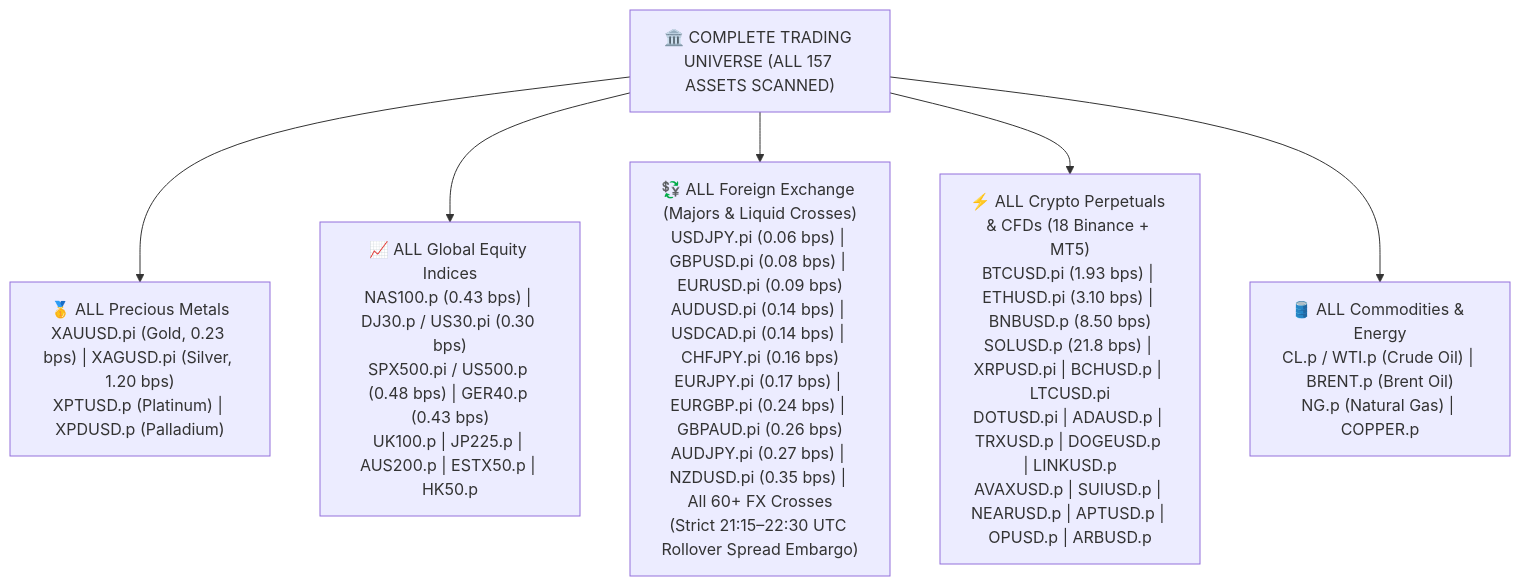
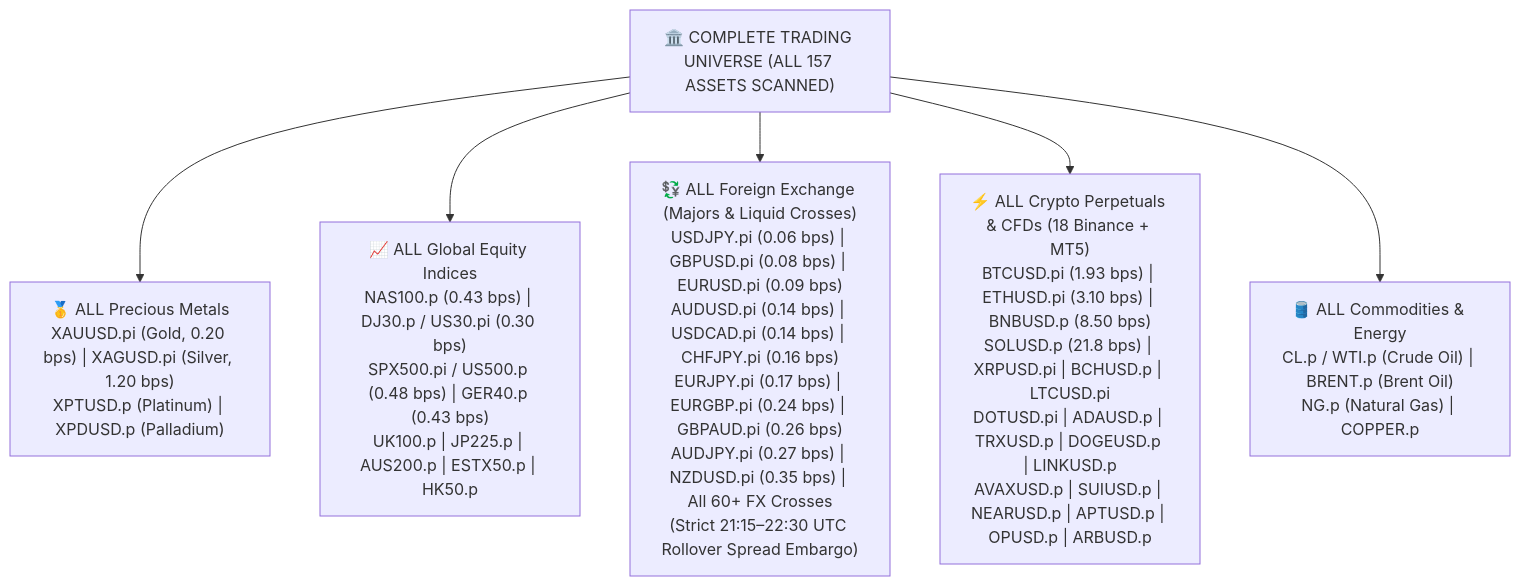
Before and after one commit to kbsingh1399/Trading_2: the first of 3 diagrams in Data/Manditory/AUTONOMOUS_WAKEUP_CHECKLIST.md, drawn with Mermaid. The commit also changed other lines of this file and 296 other files, not shown here.

````diff
--- a/Data/Manditory/AUTONOMOUS_WAKEUP_CHECKLIST.md
+++ b/Data/Manditory/AUTONOMOUS_WAKEUP_CHECKLIST.md
@@ -35,15 +211,15 @@
 ```mermaid
 flowchart TD
     Universe["🏛️ COMPLETE TRADING UNIVERSE (ALL 157 ASSETS SCANNED)"]
-    M["🥇 ALL Precious Metals<br/>XAUUSD.pi (Gold, 0.23 bps) | XAGUSD.pi (Silver, 1.20 bps)<br/>XPTUSD.p (Platinum) | XPDUSD.p (Palladium)"]
+    M["🥇 ALL Precious Metals<br/>XAUUSD.pi (Gold, 0.20 bps) | XAGUSD.pi (Silver, 1.20 bps)<br/>XPTUSD.p (Platinum) | XPDUSD.p (Palladium)"]
     I["📈 ALL Global Equity Indices<br/>NAS100.p (0.43 bps) | DJ30.p / US30.pi (0.30 bps)<br/>SPX500.pi / US500.p (0.48 bps) | GER40.p (0.43 bps)<br/>UK100.p | JP225.p | AUS200.p | ESTX50.p | HK50.p"]
     F["💱 ALL Foreign Exchange (Majors & Liquid Crosses)<br/>USDJPY.pi (0.06 bps) | GBPUSD.pi (0.08 bps) | EURUSD.pi (0.09 bps)<br/>AUDUSD.pi (0.14 bps) | USDCAD.pi (0.14 bps) | CHFJPY.pi (0.16 bps)<br/>EURJPY.pi (0.17 bps) | EURGBP.pi (0.24 bps) | GBPAUD.pi (0.26 bps)<br/>AUDJPY.pi (0.27 bps) | NZDUSD.pi (0.35 bps) | All 60+ FX Crosses<br/>(Strict 21:15–22:30 UTC Rollover Spread Embargo)"]
     C["⚡ ALL Crypto Perpetuals & CFDs (18 Binance + MT5)<br/>BTCUSD.pi (1.93 bps) | ETHUSD.pi (3.10 bps) | BNBUSD.p (8.50 bps)<br/>SOLUSD.p (21.8 bps) | XRPUSD.pi | BCHUSD.p | LTCUSD.pi<br/>DOTUSD.pi | ADAUSD.p | TRXUSD.p | DOGEUSD.p | LINKUSD.p<br/>AVAXUSD.p | SUIUSD.p | NEARUSD.p | APTUSD.p | OPUSD.p | ARBUSD.p"]
     E["🛢️ ALL Commodities & Energy<br/>CL.p / WTI.p (Crude Oil) | BRENT.p (Brent Oil)<br/>NG.p (Natural Gas) | COPPER.p"]
 
     Universe --> M
     Universe --> I
     Universe --> F
     Universe --> C
     Universe --> E
 ```
````
